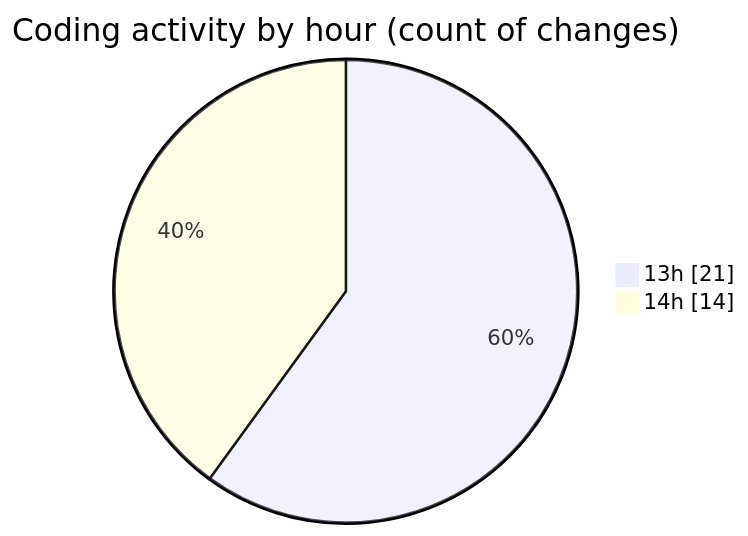
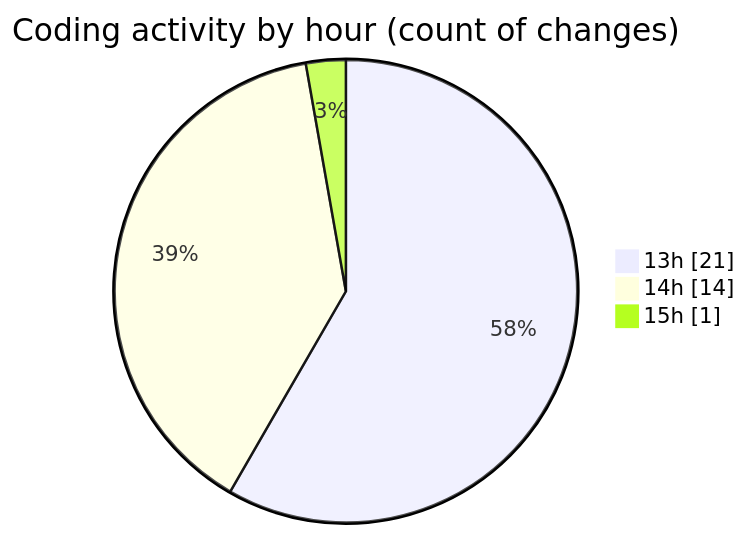
Before and after one commit to donsfak/code-tracking: the second of 2 diagrams in 2025-01-14/trackers_app/README.md, drawn with Mermaid. The commit also changed other lines of this file and 1 other file, not shown here.

````diff
--- a/2025-01-14/trackers_app/README.md
+++ b/2025-01-14/trackers_app/README.md
@@ -36,6 +36,7 @@
 ```mermaid
 pie showData
 title Coding activity by hour (count of changes)
 "13h" : 21
 "14h" : 14
+"15h" : 1
 ```
````
